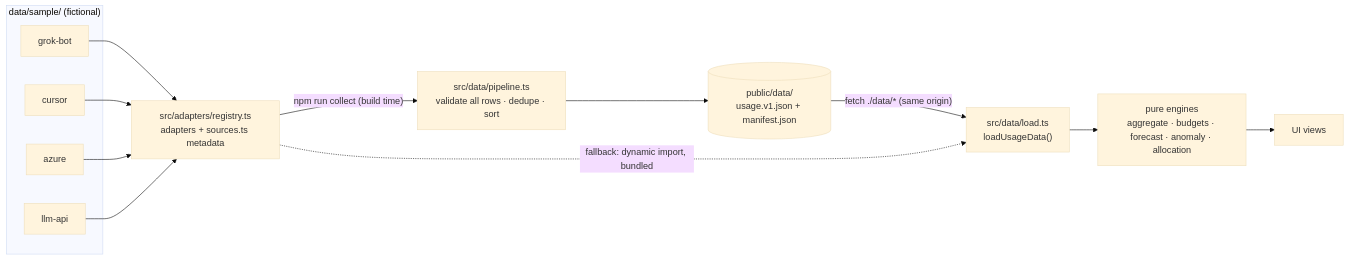
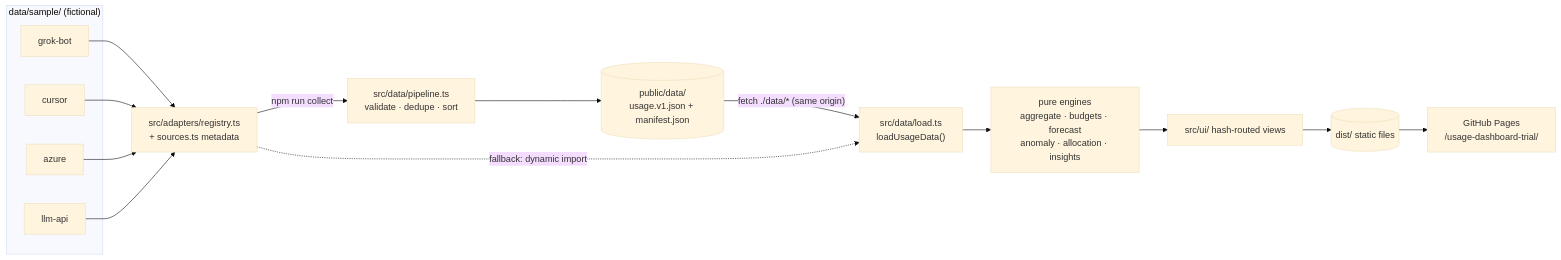
Before and after one commit to jf-scratchpad/poc-usage-dashboard: the diagram in docs/ARCHITECTURE.md, drawn with Mermaid (base theme). The commit also changed other lines of this file and 4 other files, not shown here.

First line of the commit message:
Docs: v2 README, architecture, CONTRIBUTING, and changelog

````diff
--- a/docs/ARCHITECTURE.md
+++ b/docs/ARCHITECTURE.md
@@ -48,20 +5,22 @@
 ```mermaid
 flowchart LR
   subgraph samples["data/sample/ (fictional)"]
-    G[grok-bot] 
+    G[grok-bot]
     C[cursor]
     A[azure]
     L[llm-api]
   end
-  REG["src/adapters/registry.ts<br/>adapters + sources.ts metadata"]
-  PIPE["src/data/pipeline.ts<br/>validate all rows · dedupe · sort"]
+  REG["src/adapters/registry.ts<br/>+ sources.ts metadata"]
+  PIPE["src/data/pipeline.ts<br/>validate · dedupe · sort"]
   OUT[("public/data/<br/>usage.v1.json + manifest.json")]
   LOAD["src/data/load.ts<br/>loadUsageData()"]
-  ENG["pure engines<br/>aggregate · budgets · forecast · anomaly · allocation"]
-  UI[UI views]
+  ENG["pure engines<br/>aggregate · budgets · forecast<br/>anomaly · allocation · insights"]
+  UI["src/ui/ hash-routed views"]
+  DIST[("dist/ static files")]
+  PAGES["GitHub Pages<br/>/usage-dashboard-trial/"]
   G & C & A & L --> REG
-  REG -- "npm run collect (build time)" --> PIPE --> OUT
+  REG -- "npm run collect" --> PIPE --> OUT
   OUT -- "fetch ./data/* (same origin)" --> LOAD
-  REG -. "fallback: dynamic import, bundled" .-> LOAD
-  LOAD --> ENG --> UI
+  REG -. "fallback: dynamic import" .-> LOAD
+  LOAD --> ENG --> UI --> DIST --> PAGES
 ```
````
